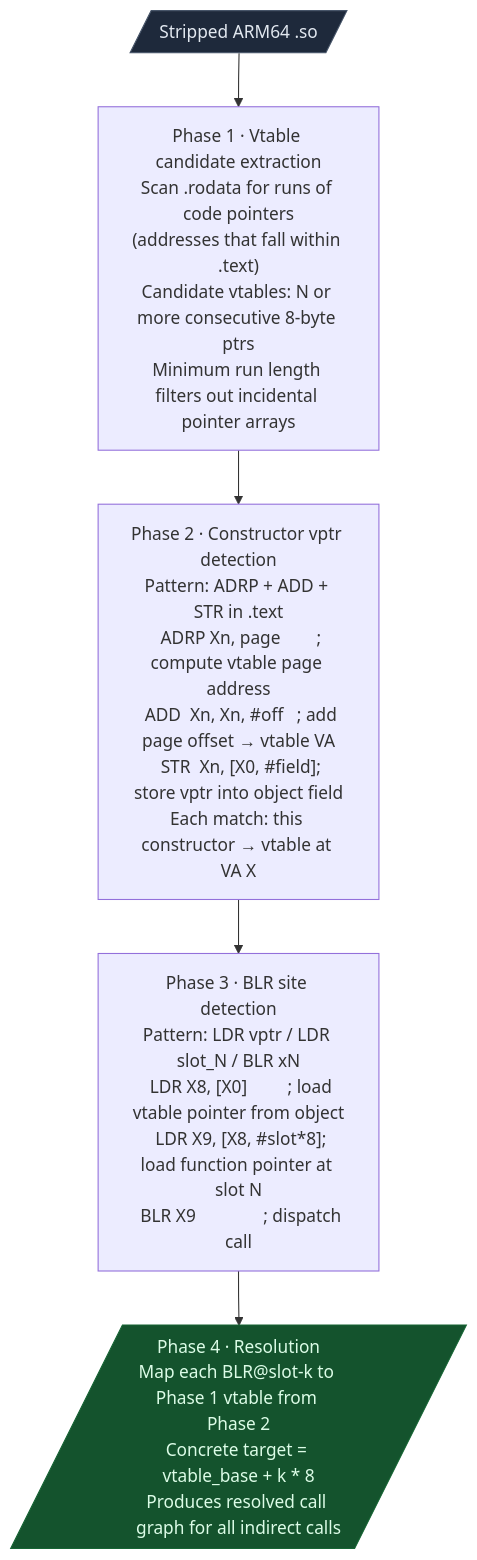
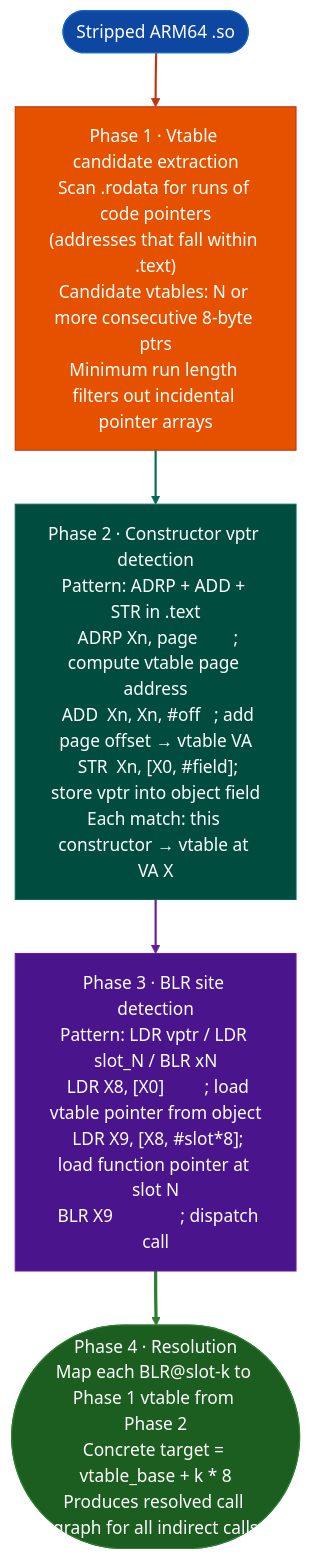
Before and after one commit to Ablation-Tool/ablation: the second of 2 diagrams in docs/reference-modules/structural.md, drawn with Mermaid. The commit also changed other lines of this file and 320 other files, not shown here.

First line of the commit message:
docs: apply canonical Mermaid template to all 321 diagrams

````diff
--- a/docs/reference-modules/structural.md
+++ b/docs/reference-modules/structural.md
@@ -147,13 +156,20 @@
 ```mermaid
 flowchart TD
-    A[/"Stripped ARM64 .so"/] --> B["Phase 1 · Vtable candidate extraction\nScan .rodata for runs of code pointers\n(addresses that fall within .text)\nCandidate vtables: N or more consecutive 8-byte ptrs\nMinimum run length filters out incidental pointer arrays"]
+    A(["Stripped ARM64 .so"]):::input --> B["Phase 1 · Vtable candidate extraction\nScan .rodata for runs of code pointers\n(addresses that fall within .text)\nCandidate vtables: N or more consecutive 8-byte ptrs\nMinimum run length filters out incidental pointer arrays"]:::primary
 
-    B --> C["Phase 2 · Constructor vptr detection\nPattern: ADRP + ADD + STR in .text\n  ADRP Xn, page        ; compute vtable page address\n  ADD  Xn, Xn, #off   ; add page offset → vtable VA\n  STR  Xn, [X0, #field]; store vptr into object field\nEach match: this constructor → vtable at VA X"]
+    B:::primary --> C["Phase 2 · Constructor vptr detection\nPattern: ADRP + ADD + STR in .text\n  ADRP Xn, page        ; compute vtable page address\n  ADD  Xn, Xn, #off   ; add page offset → vtable VA\n  STR  Xn, [X0, #field]; store vptr into object field\nEach match: this constructor → vtable at VA X"]:::secondary
 
-    C --> D["Phase 3 · BLR site detection\nPattern: LDR vptr / LDR slot_N / BLR xN\n  LDR X8, [X0]         ; load vtable pointer from object\n  LDR X9, [X8, #slot*8]; load function pointer at slot N\n  BLR X9               ; dispatch call"]
+    C:::secondary --> D["Phase 3 · BLR site detection\nPattern: LDR vptr / LDR slot_N / BLR xN\n  LDR X8, [X0]         ; load vtable pointer from object\n  LDR X9, [X8, #slot*8]; load function pointer at slot N\n  BLR X9               ; dispatch call"]:::tertiary
 
-    D --> E[/"Phase 4 · Resolution\nMap each BLR@slot-k to Phase 1 vtable from Phase 2\nConcrete target = vtable_base + k * 8\nProduces resolved call graph for all indirect calls"/]
-
-    style A fill:#1e293b,stroke:#475569,color:#e2e8f0
-    style E fill:#14532d,stroke:#166534,color:#dcfce7
+    D:::tertiary --> E(["Phase 4 · Resolution\nMap each BLR@slot-k to Phase 1 vtable from Phase 2\nConcrete target = vtable_base + k * 8\nProduces resolved call graph for all indirect calls"]):::output
+    classDef input     fill:#0d47a1,stroke:#1565c0,color:#fff
+    classDef primary   fill:#e65100,stroke:#bf360c,color:#fff
+    classDef secondary fill:#004d40,stroke:#00695c,color:#fff
+    classDef tertiary  fill:#4a148c,stroke:#6a1b9a,color:#fff
+    classDef neutral   fill:#37474f,stroke:#546e7a,color:#fff
+    classDef output    fill:#1b5e20,stroke:#2e7d32,color:#fff
+    linkStyle 0 stroke:#bf360c,stroke-width:2px
+    linkStyle 1 stroke:#00695c,stroke-width:2px
+    linkStyle 2 stroke:#6a1b9a,stroke-width:2px
+    linkStyle 3 stroke:#2e7d32,stroke-width:3px
 ```
````
